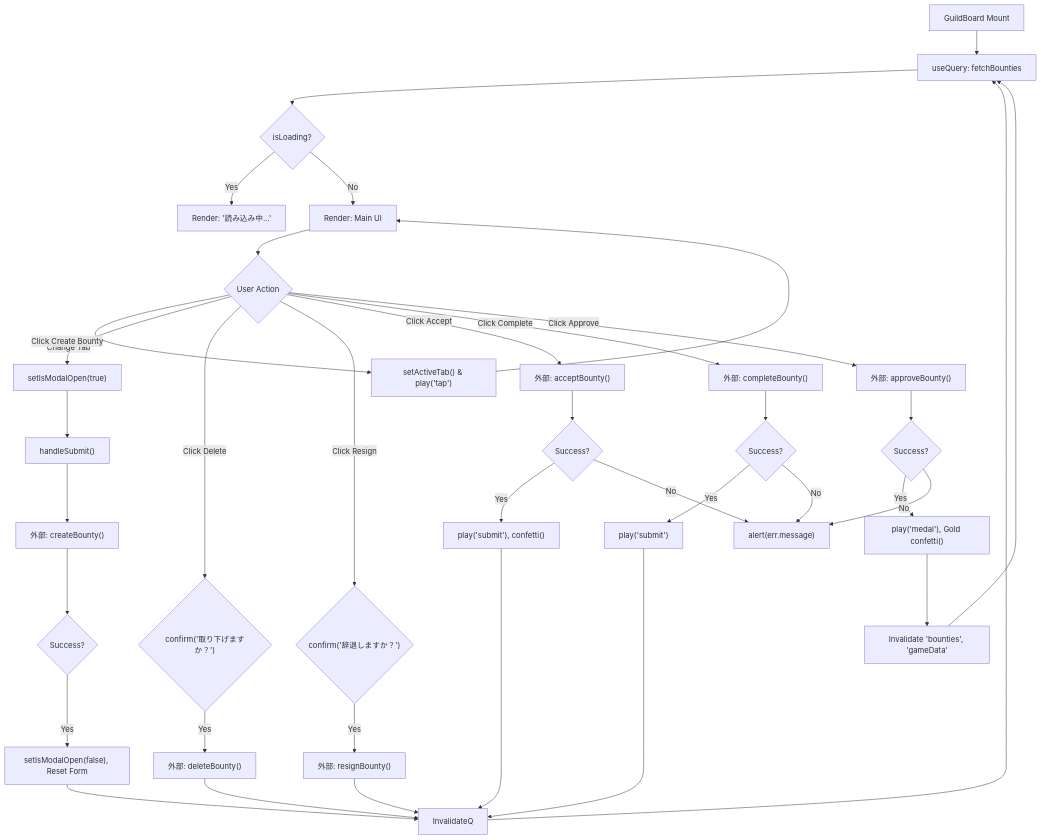
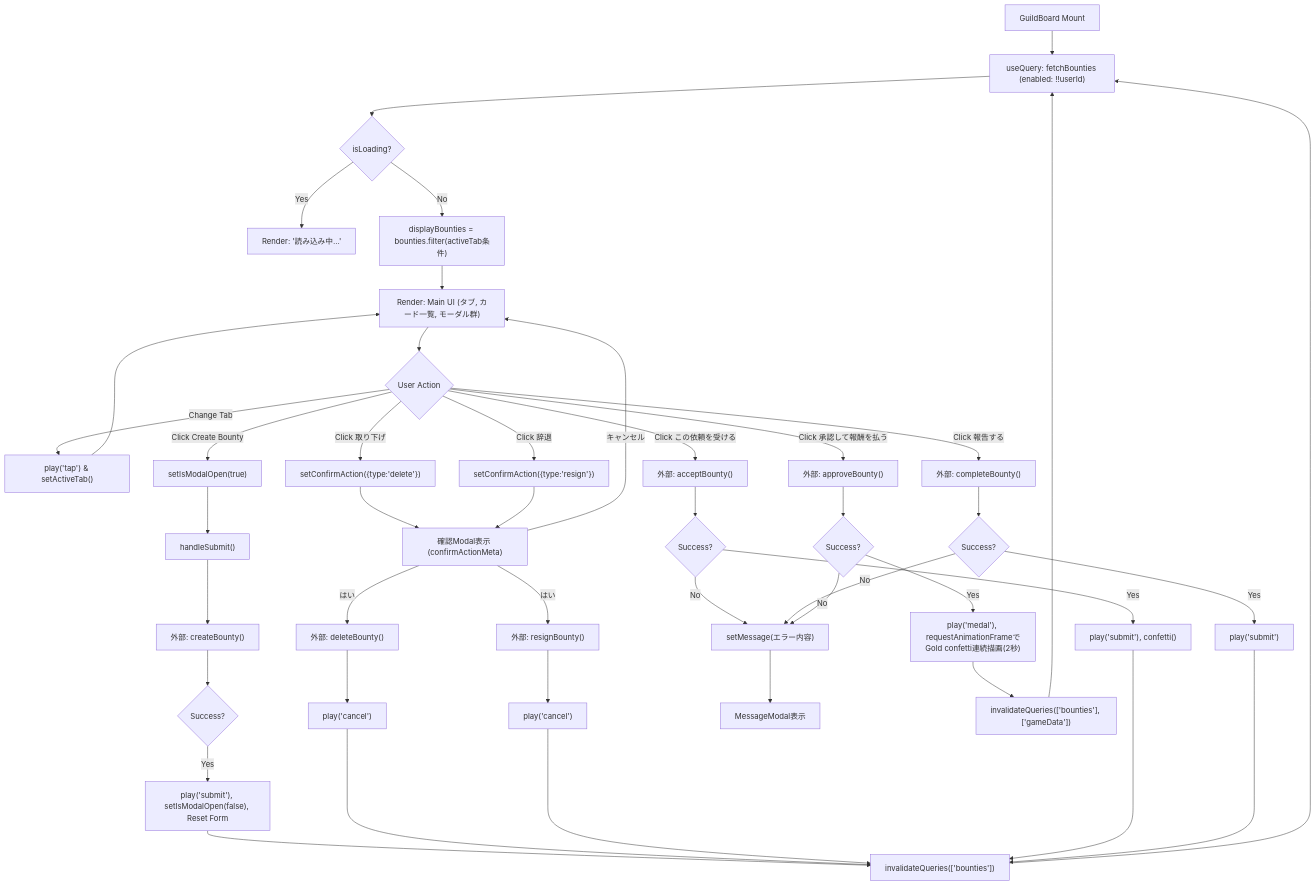
One commit to mmtigers/my_python_project changed the first of 2 diagrams in docs/specifications/family-quest/src/features/guild/components/GuildBoard.md. Above: the diagram before and after it, drawn with Mermaid. The commit also changed other lines of this file and 8 other files, not shown here.

````diff
--- a/docs/specifications/family-quest/src/features/guild/components/GuildBoard.md
+++ b/docs/specifications/family-quest/src/features/guild/components/GuildBoard.md
@@ -124,49 +138,51 @@
 ```mermaid
 flowchart TD
-    Start["GuildBoard Mount"] --> InitQuery["useQuery: fetchBounties"]
+    Start["GuildBoard Mount"] --> InitQuery["useQuery: fetchBounties (enabled: !!userId)"]
     InitQuery --> WaitState{"isLoading?"}
     WaitState -- Yes --> Loading["Render: '読み込み中...'"]
-    WaitState -- No --> RenderUI["Render: Main UI"]
+    WaitState -- No --> FilterList["displayBounties = bounties.filter(activeTab条件)"]
+    FilterList --> RenderUI["Render: Main UI (タブ, カード一覧, モーダル群)"]
 
     RenderUI --> UserAction{"User Action"}
 
-    UserAction -- "Change Tab" --> UpdateTab["setActiveTab() & play('tap')"]
+    UserAction -- "Change Tab" --> UpdateTab["play('tap') & setActiveTab()"]
     UpdateTab --> RenderUI
 
     UserAction -- "Click Create Bounty" --> OpenModal["setIsModalOpen(true)"]
     OpenModal --> SubmitForm["handleSubmit()"]
     SubmitForm --> MCreate["外部: createBounty()"]
     MCreate --> MSuccessC{"Success?"}
-    MSuccessC -- Yes --> CloseModal["setIsModalOpen(false), Reset Form"]
-    CloseModal --> InvalidateQ
+    MSuccessC -- Yes --> CloseModal["play('submit'), setIsModalOpen(false), Reset Form"]
+    CloseModal --> InvalidateQ["invalidateQueries(['bounties'])"]
 
-    UserAction -- "Click Delete" --> ConfirmD{"confirm('取り下げますか？')"}
-    ConfirmD -- Yes --> MDelete["外部: deleteBounty()"]
-    MDelete --> InvalidateQ
+    UserAction -- "Click 取り下げ" --> OpenConfirmD["setConfirmAction({type:'delete'})"]
+    OpenConfirmD --> ConfirmModal["確認Modal表示 (confirmActionMeta)"]
+    ConfirmModal -- "はい" --> MDelete["外部: deleteBounty()"]
+    MDelete --> MSuccessD["play('cancel')"] --> InvalidateQ
+    ConfirmModal -- "キャンセル" --> RenderUI
 
-    UserAction -- "Click Resign" --> ConfirmR{"confirm('辞退しますか？')"}
-    ConfirmR -- Yes --> MResign["外部: resignBounty()"]
-    MResign --> InvalidateQ
+    UserAction -- "Click 辞退" --> OpenConfirmR["setConfirmAction({type:'resign'})"]
+    OpenConfirmR --> ConfirmModal
+    ConfirmModal -- "はい" --> MResign["外部: resignBounty()"]
+    MResign --> MSuccessR["play('cancel')"] --> InvalidateQ
 
-    UserAction -- "Click Accept" --> MAccept["外部: acceptBounty()"]
+    UserAction -- "Click この依頼を受ける" --> MAccept["外部: acceptBounty()"]
     MAccept --> MSuccessA{"Success?"}
-    MSuccessA -- Yes --> ConfettiA["play('submit'), confetti()"]
-    MSuccessA -- No --> AlertError["alert(err.message)"]
-    ConfettiA --> InvalidateQ
+    MSuccessA -- Yes --> ConfettiA["play('submit'), confetti()"] --> InvalidateQ
+    MSuccessA -- No --> SetMsgError["setMessage(エラー内容)"] --> ShowMessageModal["MessageModal表示"]
 
-    UserAction -- "Click Complete" --> MComplete["外部: completeBounty()"]
+    UserAction -- "Click 報告する" --> MComplete["外部: completeBounty()"]
     MComplete --> MSuccessComp{"Success?"}
-    MSuccessComp -- Yes --> PlaySub["play('submit')"]
-    MSuccessComp -- No --> AlertError
-    PlaySub --> InvalidateQ
+    MSuccessComp -- Yes --> PlaySub["play('submit')"] --> InvalidateQ
+    MSuccessComp -- No --> SetMsgError
 
-    UserAction -- "Click Approve" --> MApprove["外部: approveBounty()"]
+    UserAction -- "Click 承認して報酬を払う" --> MApprove["外部: approveBounty()"]
     MApprove --> MSuccessApp{"Success?"}
-    MSuccessApp -- Yes --> ConfettiApp["play('medal'), Gold confetti()"]
-    MSuccessApp -- No --> AlertError
-    ConfettiApp --> InvalidateQApp["Invalidate 'bounties', 'gameData'"]
+    MSuccessApp -- Yes --> ConfettiApp["play('medal'), requestAnimationFrameでGold confetti連続描画(2秒)"]
+    MSuccessApp -- No --> SetMsgError
+    ConfettiApp --> InvalidateQApp["invalidateQueries(['bounties'], ['gameData'])"]
 
     InvalidateQ --> InitQuery
     InvalidateQApp --> InitQuery
 
 ```
````
